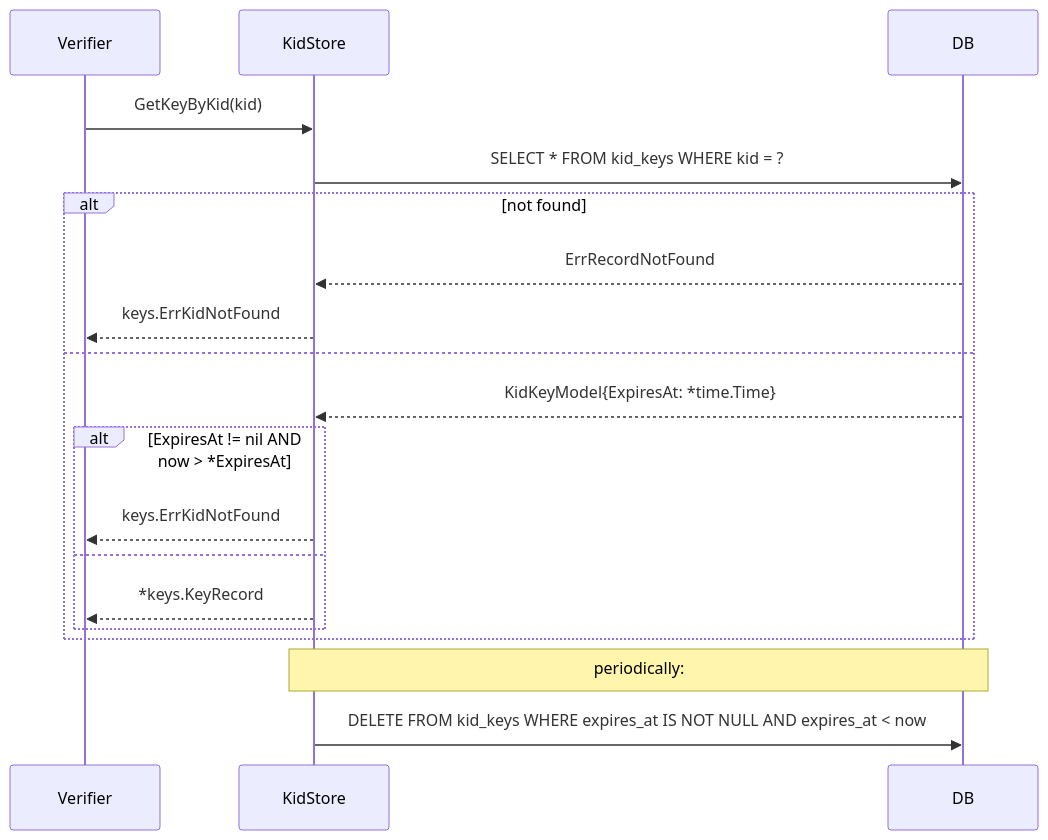
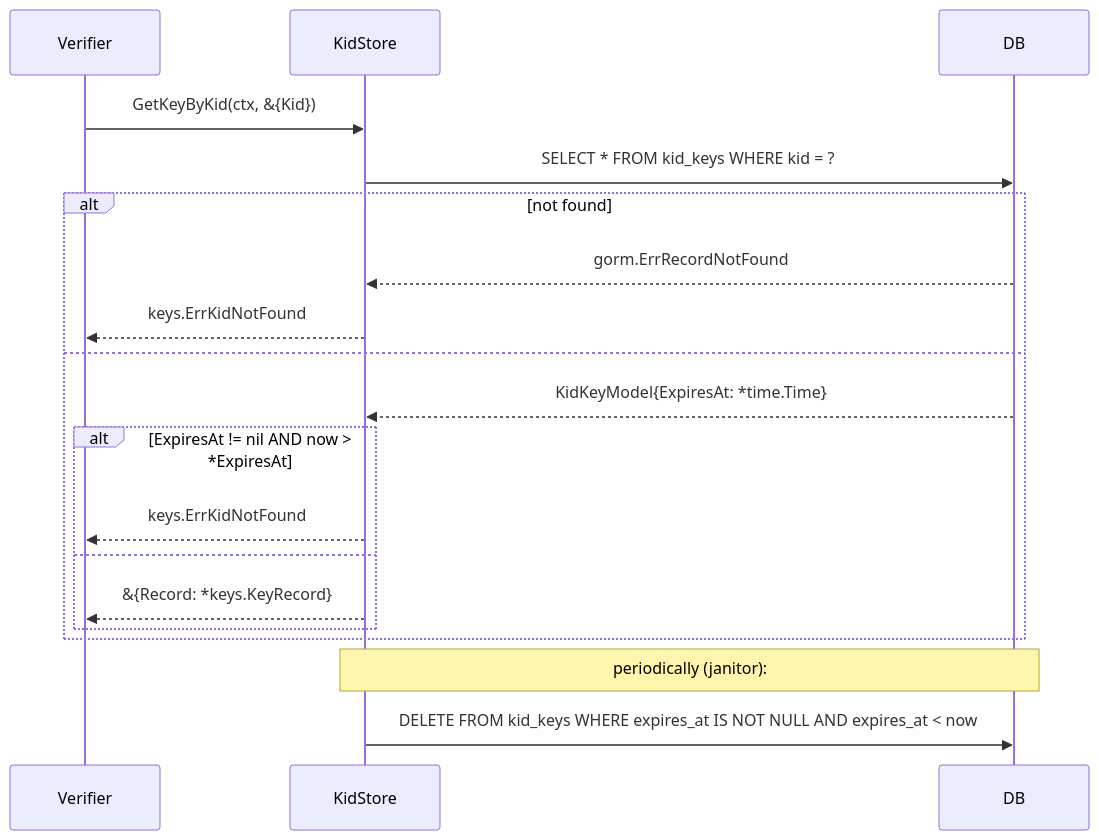
One commit to panyam/oneauth changed the fifth of 5 diagrams in stores/gorm/DESIGN.md. Above: the diagram before and after it, drawn with Mermaid. The commit also changed other lines of this file and 38 other files, not shown here.

````diff
--- a/stores/gorm/DESIGN.md
+++ b/stores/gorm/DESIGN.md
@@ -162,21 +166,21 @@
 ```mermaid
 sequenceDiagram
     participant Verifier
     participant KidStore
     participant DB
-    Verifier->>KidStore: GetKeyByKid(kid)
+    Verifier->>KidStore: GetKeyByKid(ctx, &{Kid})
     KidStore->>DB: SELECT * FROM kid_keys WHERE kid = ?
     alt not found
-        DB-->>KidStore: ErrRecordNotFound
+        DB-->>KidStore: gorm.ErrRecordNotFound
         KidStore-->>Verifier: keys.ErrKidNotFound
     else
         DB-->>KidStore: KidKeyModel{ExpiresAt: *time.Time}
         alt ExpiresAt != nil AND now > *ExpiresAt
             KidStore-->>Verifier: keys.ErrKidNotFound
         else
-            KidStore-->>Verifier: *keys.KeyRecord
+            KidStore-->>Verifier: &{Record: *keys.KeyRecord}
         end
     end
-    note over KidStore,DB: periodically:
+    note over KidStore,DB: periodically (janitor):
     KidStore->>DB: DELETE FROM kid_keys WHERE expires_at IS NOT NULL AND expires_at < now
 ```
````
